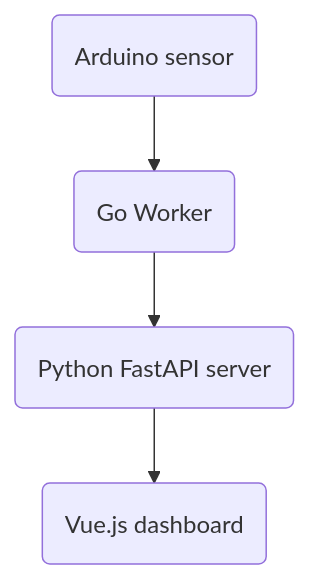
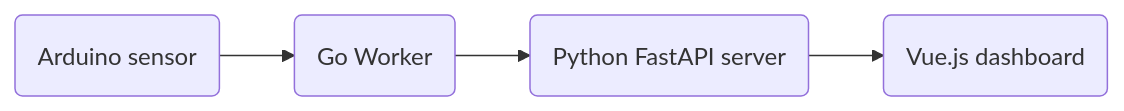
The diagram in README.md (Corentin-dupriez/temperature-sensor), drawn with Mermaid before and after one commit.

Commit message:
Updated diagram in readme

````diff
--- a/README.md
+++ b/README.md
@@ -9,6 +9,6 @@
 ```mermaid
-graph TD;
+graph LR;
   id1(Arduino sensor) --> id2(Go Worker);
   id2(Go Worker) --> id3(Python FastAPI server);
   id3(Python FastAPI server) --> id4(Vue.js dashboard);
 ```
````
